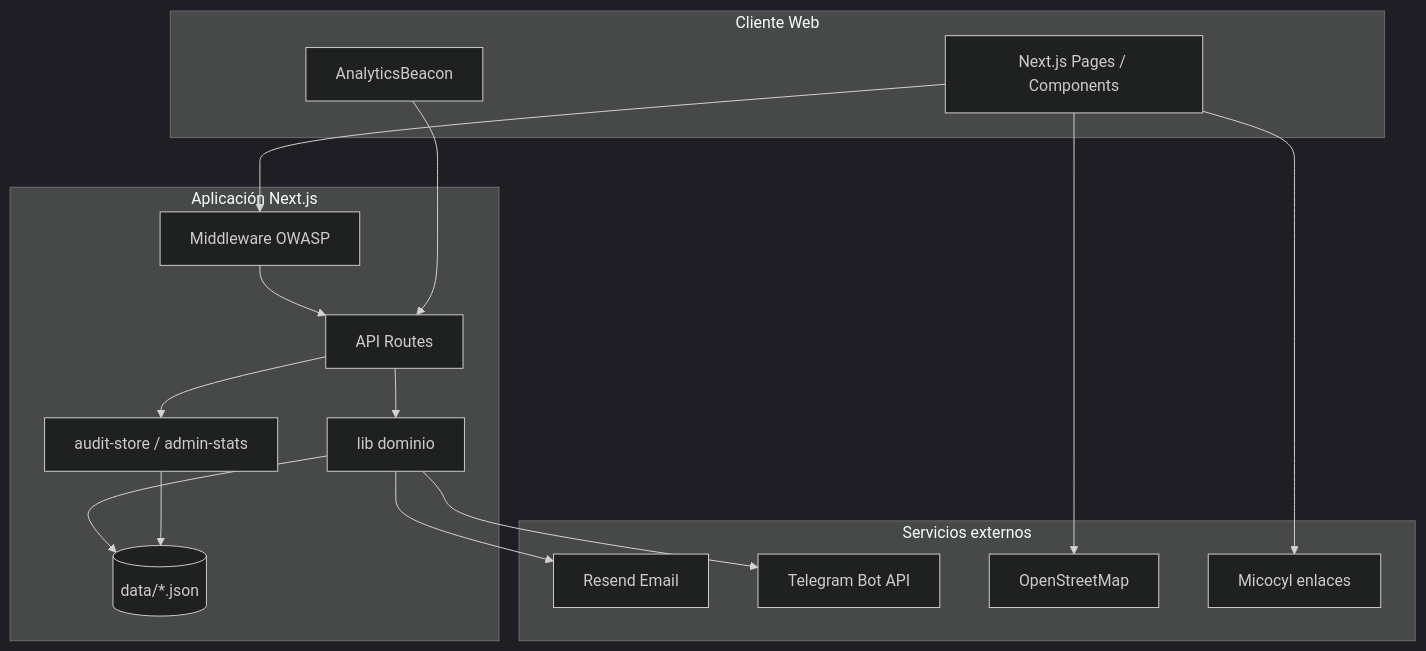
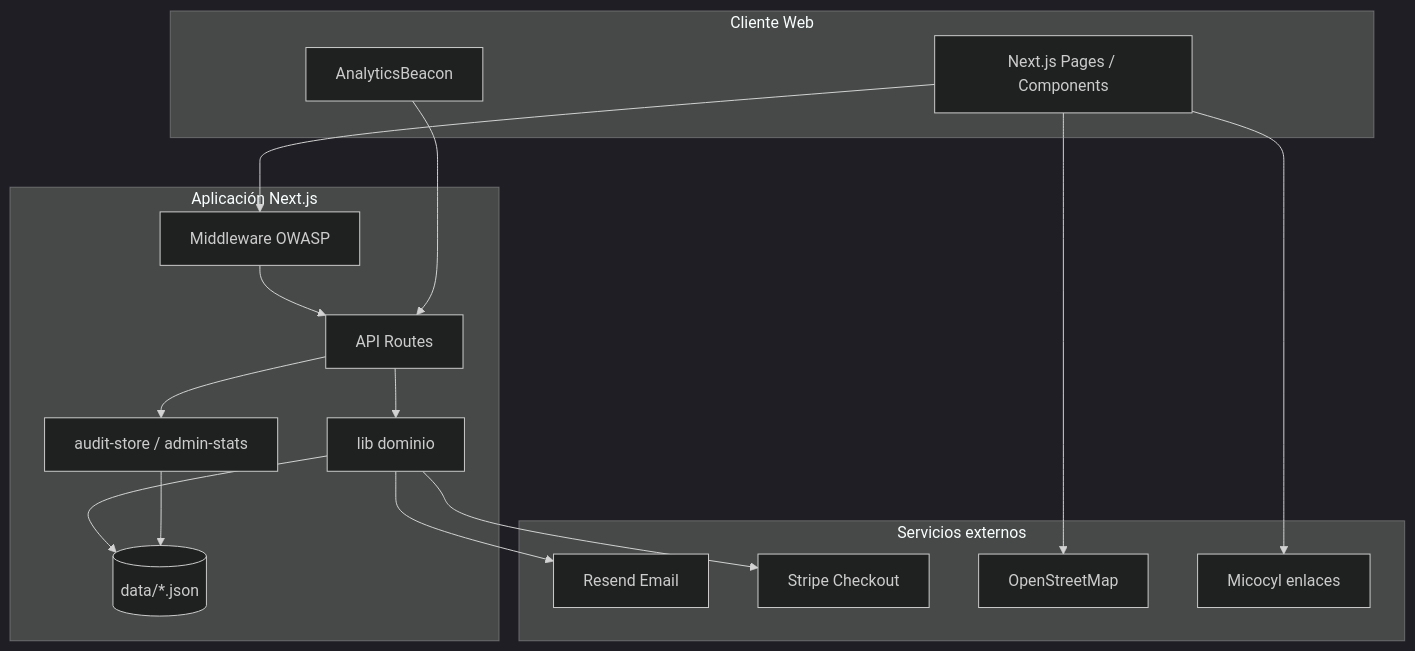
Before and after one commit to gracobjo/cotoSetas: the third of 8 diagrams in docs/uml.md, drawn with Mermaid (dark theme). The commit also changed other lines of this file and 10 other files, not shown here.

````diff
--- a/docs/uml.md
+++ b/docs/uml.md
@@ -195,33 +194,33 @@
 ```mermaid
 flowchart TB
   subgraph cliente[Cliente Web]
     UI[Next.js Pages / Components]
     Beacon[AnalyticsBeacon]
   end
 
   subgraph app[Aplicación Next.js]
     MW[Middleware OWASP]
     API[API Routes]
     LIB[lib dominio]
     METRICS[audit-store / admin-stats]
     DATA[(data/*.json)]
   end
 
   subgraph externos[Servicios externos]
     RESEND[Resend Email]
-    TG[Telegram Bot API]
+    STRIPE[Stripe Checkout]
     OSM[OpenStreetMap]
     MICO[Micocyl enlaces]
   end
 
   UI --> MW --> API
   Beacon --> API
   API --> LIB
   API --> METRICS
   LIB --> DATA
   METRICS --> DATA
   LIB --> RESEND
-  LIB --> TG
+  LIB --> STRIPE
   UI --> OSM
   UI --> MICO
 ```
````
